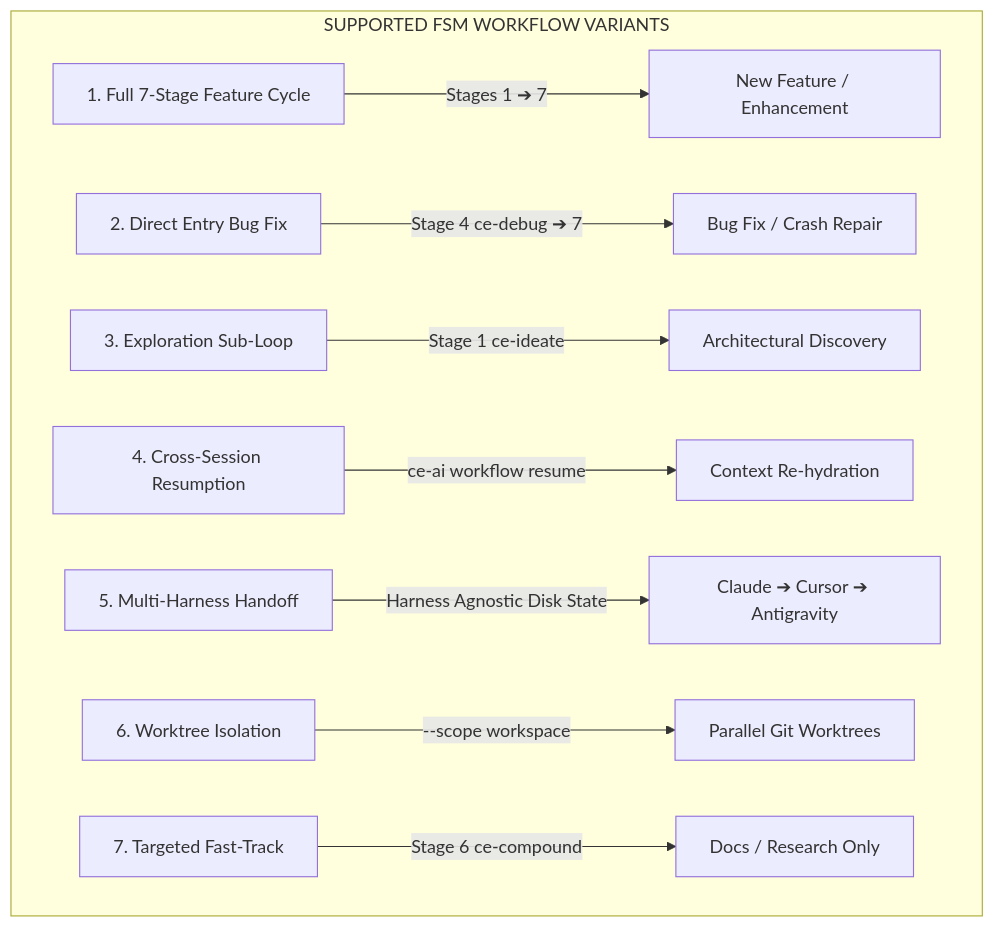
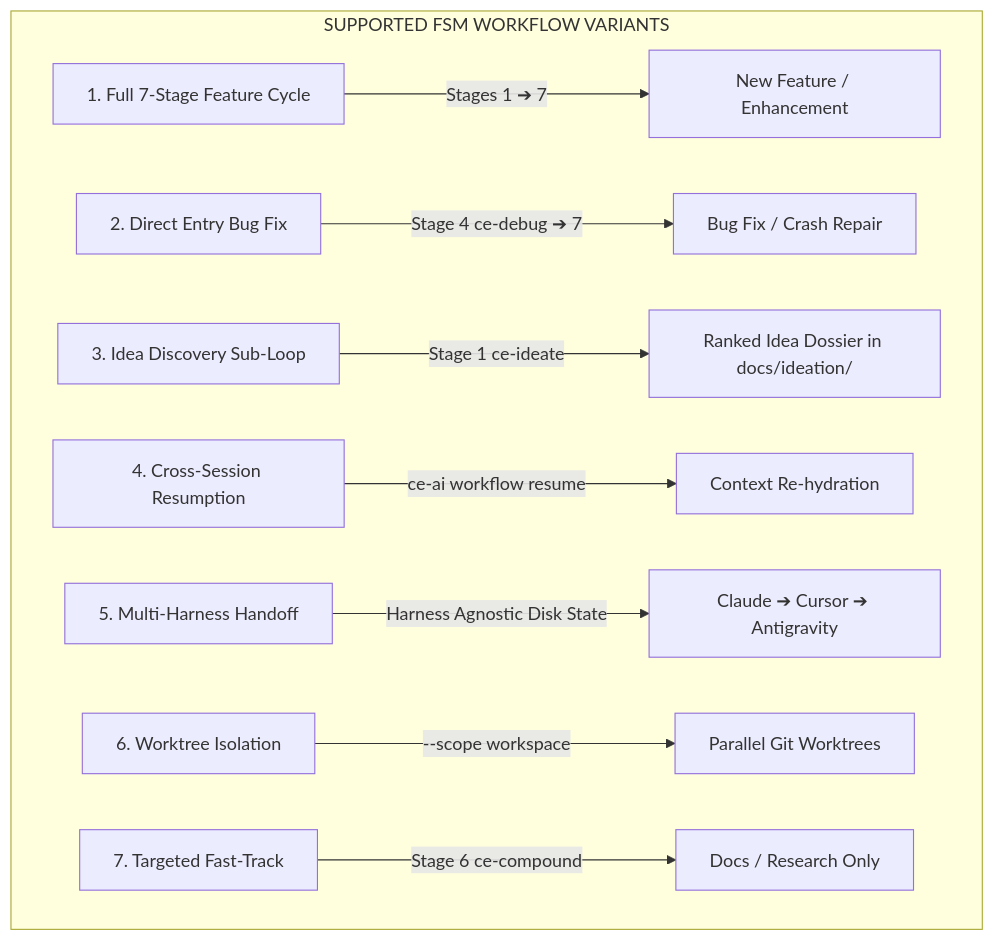
One commit to mastepanoski/ce-ai changed the seventh of 7 diagrams in docs/user-guide/fsm-and-checkpoints-explained.md. Above: the diagram before and after it, drawn with Mermaid. The commit also changed other lines of this file and 12 other files, not shown here.

````diff
--- a/docs/user-guide/fsm-and-checkpoints-explained.md
+++ b/docs/user-guide/fsm-and-checkpoints-explained.md
@@ -270,12 +270,12 @@
 ```mermaid
 flowchart TD
     subgraph FSM_VARIANTS ["SUPPORTED FSM WORKFLOW VARIANTS"]
         V1["1. Full 7-Stage Feature Cycle"] -->|"Stages 1 ➔ 7"| FULL["New Feature / Enhancement"]
         V2["2. Direct Entry Bug Fix"] -->|"Stage 4 ce-debug ➔ 7"| BUG["Bug Fix / Crash Repair"]
-        V3["3. Exploration Sub-Loop"] -->|"Stage 1 ce-ideate"| IDEATE["Architectural Discovery"]
+        V3["3. Idea Discovery Sub-Loop"] -->|"Stage 1 ce-ideate"| IDEATE["Ranked Idea Dossier in docs/ideation/"]
         V4["4. Cross-Session Resumption"] -->|"ce-ai workflow resume"| RESUME["Context Re-hydration"]
         V5["5. Multi-Harness Handoff"] -->|"Harness Agnostic Disk State"| HANDOFF["Claude ➔ Cursor ➔ Antigravity"]
         V6["6. Worktree Isolation"] -->|"--scope workspace"| WORKTREE["Parallel Git Worktrees"]
         V7["7. Targeted Fast-Track"] -->|"Stage 6 ce-compound"| DOCS["Docs / Research Only"]
     end
 ```
````
